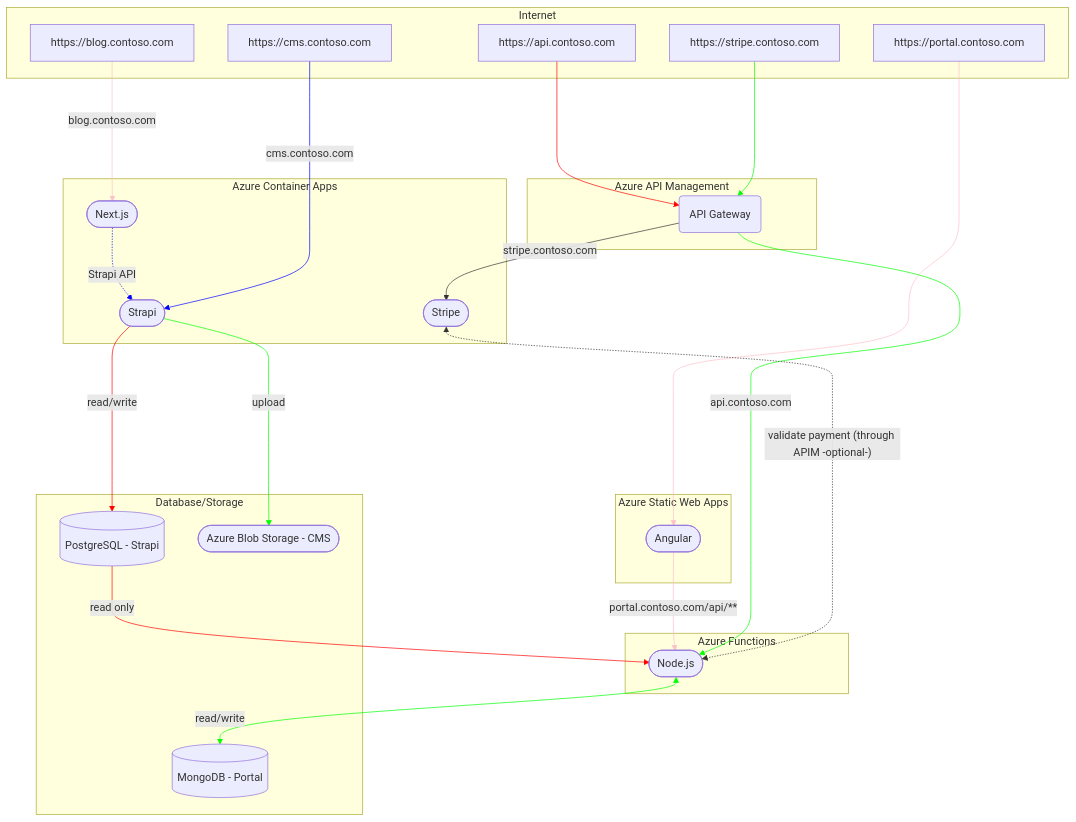
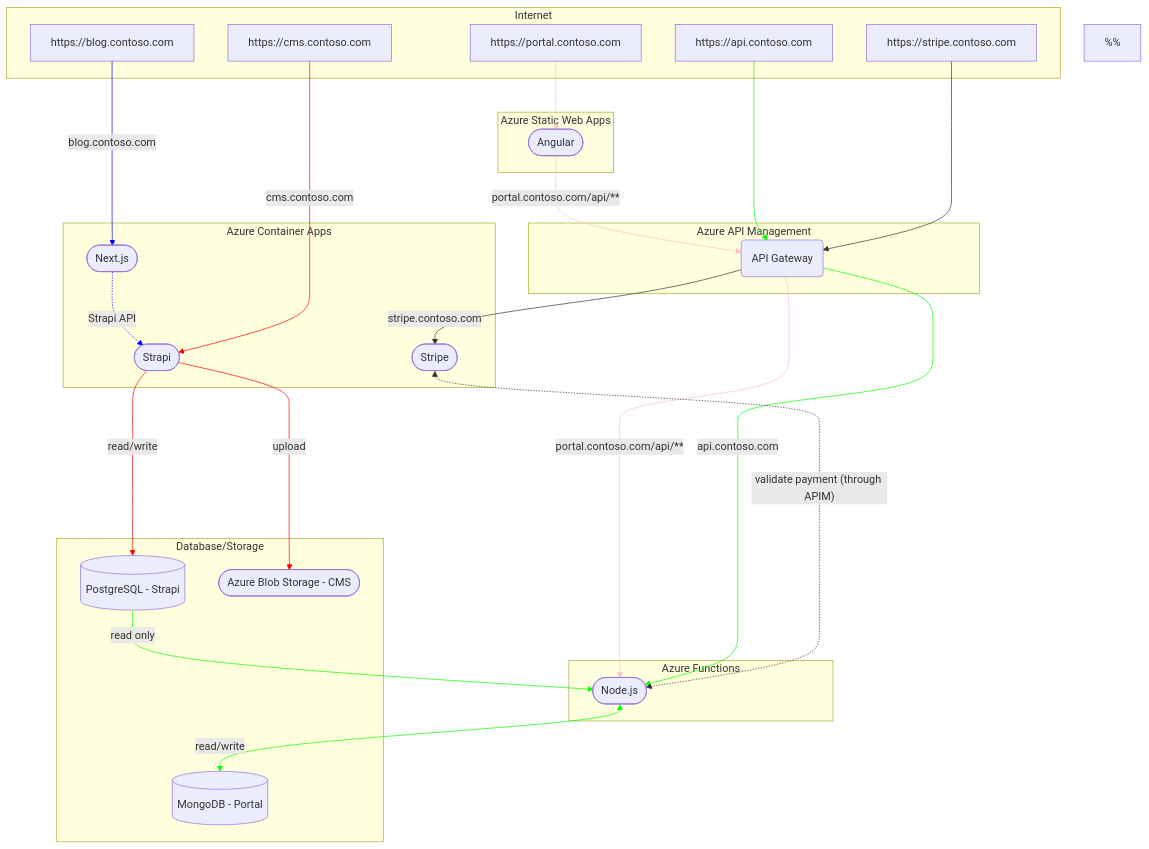
One commit to Azure-Samples/contoso-real-estate changed the diagram in README.md. Above: the diagram before and after it, drawn with Mermaid. The commit also changed other lines of this file and 229 other files, not shown here.

````diff
--- a/README.md
+++ b/README.md
@@ -43,68 +42,68 @@
 ```mermaid
 flowchart TD
-    %% 
+    %%
 
     subgraph Internet
     Portal[https://portal.contoso.com]
     Blog[https://blog.contoso.com]
     CMS[https://cms.contoso.com]
     Stripe[https://stripe.contoso.com]
     API[https://api.contoso.com]
     end
-    
+
     subgraph Azure API Management
     APIM(API Gateway)
     end
-    
+
     subgraph Azure Static Web Apps
     SWA_Angular([Angular])
-    end 
+    end
 
     subgraph Azure Functions
     Functions([Node.js])
-    end 
+    end
 
     subgraph Azure Container Apps
     ACA_Next([Next.js])
     ACA_Strapi([Strapi])
     ACA_Stripe([Stripe])
-    end 
+    end
 
     subgraph Database/Storage
     DB_PostresSQL[(PostgreSQL - Strapi)]
     DB_Mongo[(MongoDB - Portal)]
     Storage([Azure Blob Storage - CMS])
-    end 
+    end
 
-    Portal --> SWA_Angular -- "portal.contoso.com/api/**" --> Functions
-    
+    Portal --> SWA_Angular -- "portal.contoso.com/api/**" --> APIM -- "portal.contoso.com/api/**" --> Functions
+
     Blog -- "blog.contoso.com" --> ACA_Next -. "Strapi API" .-> ACA_Strapi
-    
+
     CMS -- "cms.contoso.com" --> ACA_Strapi
     ACA_Strapi -- "read/write" ----> DB_PostresSQL -- "read only" --> Functions
     ACA_Strapi -- "upload" --> Storage
-    
+
     API --> APIM -- "api.contoso.com" --> Functions <-- "read/write" --> DB_Mongo
 
-    Stripe ---> APIM -- "stripe.contoso.com" --> ACA_Stripe <-. "validate payment (through APIM -optional-)" .-> Functions
-    
+    Stripe ---> APIM -- "stripe.contoso.com" --> ACA_Stripe <-. "validate payment (through APIM)" .-> Functions
+
     %% Portal
     linkStyle 0 stroke:pink
     linkStyle 1 stroke:pink
     linkStyle 2 stroke:pink
 
     %% Blog
     linkStyle 3 stroke:blue
     linkStyle 4 stroke:blue
     linkStyle 5 stroke:blue
-    
+
     %% CMS
     linkStyle 5 stroke:red
     linkStyle 6 stroke:red
     linkStyle 8 stroke:red
-    
+
     linkStyle 7 stroke:lime
     linkStyle 9 stroke:lime
     linkStyle 10 stroke:lime
     linkStyle 11 stroke:lime
 ```
````
